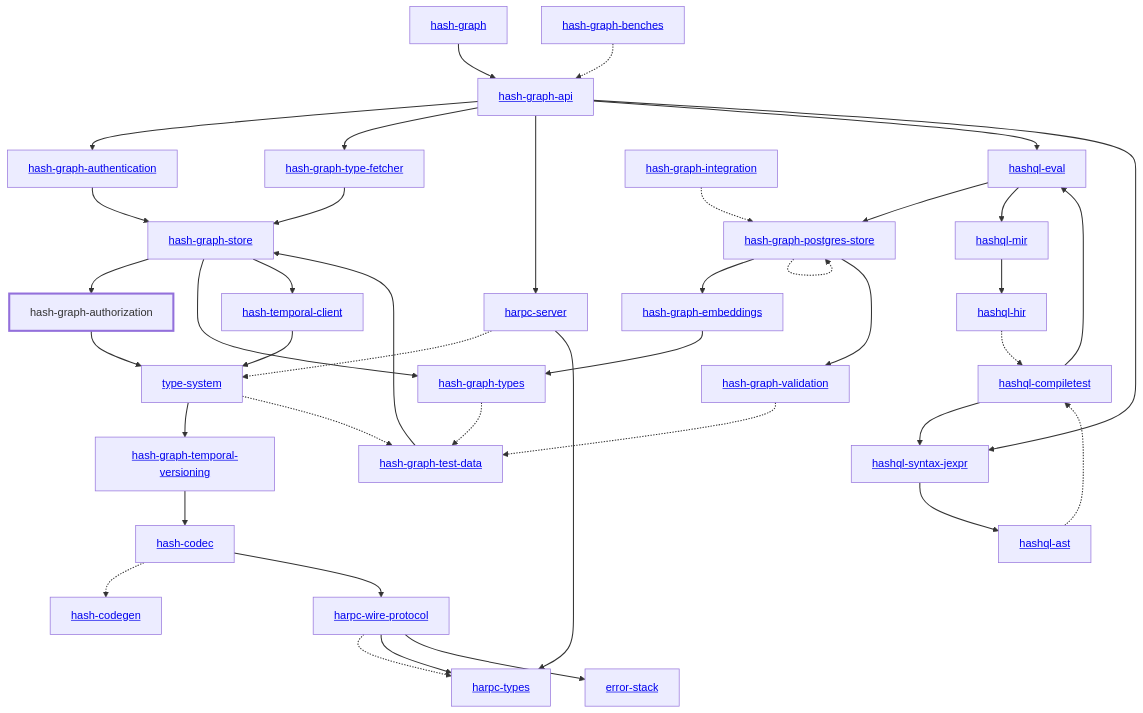
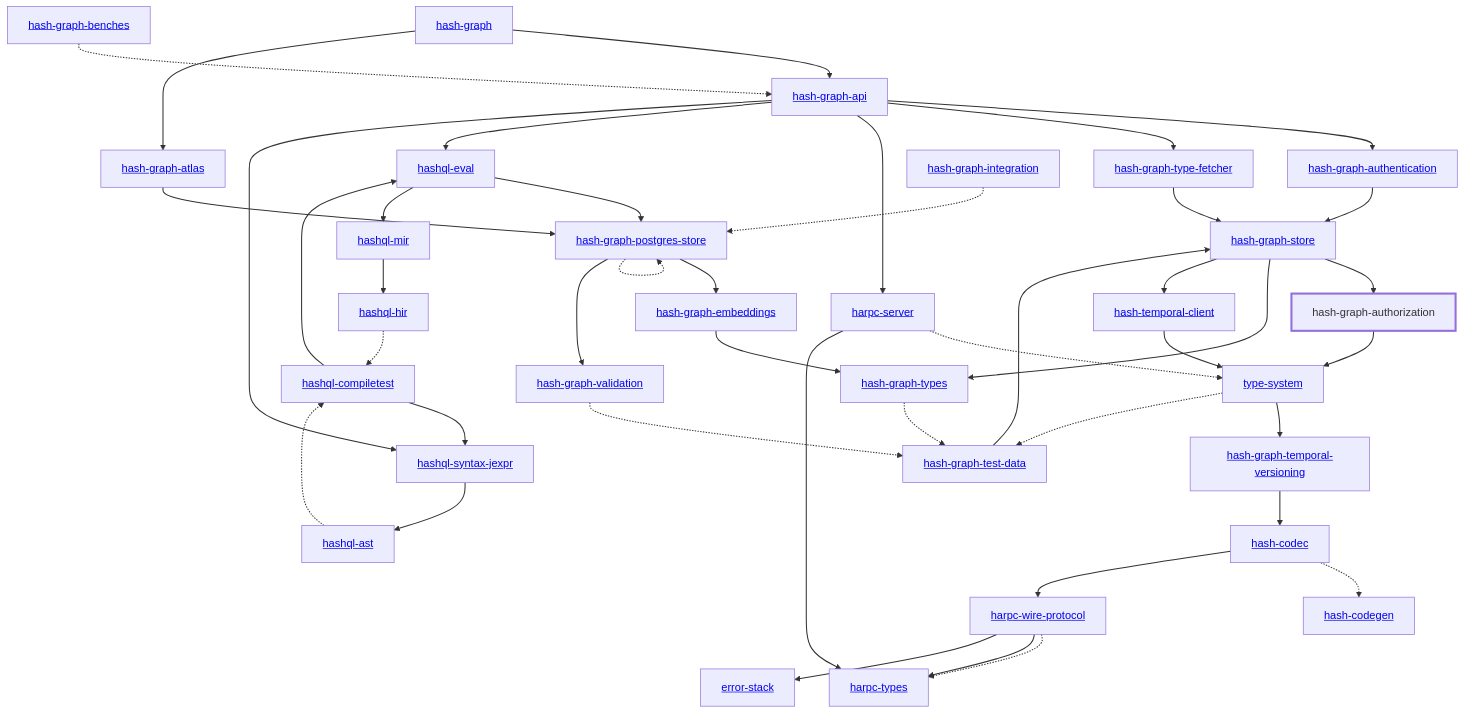
Before and after one commit to hashintel/hash: the diagram in libs/@local/graph/authorization/docs/dependency-diagram.mmd, drawn with Mermaid. The commit also changed 28 other files, not shown here.

Commit message:
chore: update graph dependency diagrams

```diff
--- a/libs/@local/graph/authorization/docs/dependency-diagram.mmd
+++ b/libs/@local/graph/authorization/docs/dependency-diagram.mmd
@@ -1,79 +1,82 @@
 graph TD
     linkStyle default stroke-width:1.5px
     classDef default stroke-width:1px
     classDef root stroke-width:3px
     classDef dev stroke-width:1px
     classDef build stroke-width:1px
     %% Legend
     %% --> : Normal dependency
     %% -.-> : Dev dependency
     %% ---> : Build dependency
     0[<a href="../hash_graph/index.html">hash-graph</a>]
     1[<a href="../type_system/index.html">type-system</a>]
     2[<a href="../hash_codec/index.html">hash-codec</a>]
     3[<a href="../hash_codegen/index.html">hash-codegen</a>]
     4[<a href="../hash_graph_api/index.html">hash-graph-api</a>]
-    5[<a href="../hash_graph_authentication/index.html">hash-graph-authentication</a>]
-    6[hash-graph-authorization]
-    class 6 root
-    7[<a href="../hash_graph_embeddings/index.html">hash-graph-embeddings</a>]
-    8[<a href="../hash_graph_postgres_store/index.html">hash-graph-postgres-store</a>]
-    9[<a href="../hash_graph_store/index.html">hash-graph-store</a>]
-    10[<a href="../hash_graph_temporal_versioning/index.html">hash-graph-temporal-versioning</a>]
-    11[<a href="../hash_graph_type_fetcher/index.html">hash-graph-type-fetcher</a>]
-    12[<a href="../hash_graph_types/index.html">hash-graph-types</a>]
-    13[<a href="../hash_graph_validation/index.html">hash-graph-validation</a>]
-    14[<a href="../harpc_server/index.html">harpc-server</a>]
-    15[<a href="../harpc_types/index.html">harpc-types</a>]
-    16[<a href="../harpc_wire_protocol/index.html">harpc-wire-protocol</a>]
-    17[<a href="../hashql_ast/index.html">hashql-ast</a>]
-    18[<a href="../hashql_compiletest/index.html">hashql-compiletest</a>]
-    19[<a href="../hashql_eval/index.html">hashql-eval</a>]
-    20[<a href="../hashql_hir/index.html">hashql-hir</a>]
-    21[<a href="../hashql_mir/index.html">hashql-mir</a>]
-    22[<a href="../hashql_syntax_jexpr/index.html">hashql-syntax-jexpr</a>]
-    23[<a href="../hash_temporal_client/index.html">hash-temporal-client</a>]
-    24[<a href="../error_stack/index.html">error-stack</a>]
-    25[<a href="../hash_graph_benches/index.html">hash-graph-benches</a>]
-    26[<a href="../hash_graph_integration/index.html">hash-graph-integration</a>]
-    27[<a href="../hash_graph_test_data/index.html">hash-graph-test-data</a>]
+    5[<a href="../hash_graph_atlas/index.html">hash-graph-atlas</a>]
+    6[<a href="../hash_graph_authentication/index.html">hash-graph-authentication</a>]
+    7[hash-graph-authorization]
+    class 7 root
+    8[<a href="../hash_graph_embeddings/index.html">hash-graph-embeddings</a>]
+    9[<a href="../hash_graph_postgres_store/index.html">hash-graph-postgres-store</a>]
+    10[<a href="../hash_graph_store/index.html">hash-graph-store</a>]
+    11[<a href="../hash_graph_temporal_versioning/index.html">hash-graph-temporal-versioning</a>]
+    12[<a href="../hash_graph_type_fetcher/index.html">hash-graph-type-fetcher</a>]
+    13[<a href="../hash_graph_types/index.html">hash-graph-types</a>]
+    14[<a href="../hash_graph_validation/index.html">hash-graph-validation</a>]
+    15[<a href="../harpc_server/index.html">harpc-server</a>]
+    16[<a href="../harpc_types/index.html">harpc-types</a>]
+    17[<a href="../harpc_wire_protocol/index.html">harpc-wire-protocol</a>]
+    18[<a href="../hashql_ast/index.html">hashql-ast</a>]
+    19[<a href="../hashql_compiletest/index.html">hashql-compiletest</a>]
+    20[<a href="../hashql_eval/index.html">hashql-eval</a>]
+    21[<a href="../hashql_hir/index.html">hashql-hir</a>]
+    22[<a href="../hashql_mir/index.html">hashql-mir</a>]
+    23[<a href="../hashql_syntax_jexpr/index.html">hashql-syntax-jexpr</a>]
+    24[<a href="../hash_temporal_client/index.html">hash-temporal-client</a>]
+    25[<a href="../error_stack/index.html">error-stack</a>]
+    26[<a href="../hash_graph_benches/index.html">hash-graph-benches</a>]
+    27[<a href="../hash_graph_integration/index.html">hash-graph-integration</a>]
+    28[<a href="../hash_graph_test_data/index.html">hash-graph-test-data</a>]
     0 --> 4
-    1 --> 10
-    1 -.-> 27
+    0 --> 5
+    1 --> 11
+    1 -.-> 28
     2 -.-> 3
-    2 --> 16
-    4 --> 5
-    4 --> 11
-    4 --> 14
-    4 --> 19
-    4 --> 22
+    2 --> 17
+    4 --> 6
+    4 --> 12
+    4 --> 15
+    4 --> 20
+    4 --> 23
     5 --> 9
-    6 --> 1
-    7 --> 12
-    8 --> 7
-    8 -.-> 8
+    6 --> 10
+    7 --> 1
     8 --> 13
-    9 --> 6
-    9 --> 12
-    9 --> 23
-    10 --> 2
-    11 --> 9
-    12 -.-> 27
-    13 -.-> 27
-    14 -.-> 1
-    14 --> 15
-    16 -.-> 15
-    16 --> 15
-    16 --> 24
-    17 -.-> 18
-    18 --> 19
-    18 --> 22
-    19 --> 8
-    19 --> 21
-    20 -.-> 18
-    21 --> 20
-    22 --> 17
-    23 --> 1
-    25 -.-> 4
-    26 -.-> 8
-    27 --> 9
+    9 --> 8
+    9 -.-> 9
+    9 --> 14
+    10 --> 7
+    10 --> 13
+    10 --> 24
+    11 --> 2
+    12 --> 10
+    13 -.-> 28
+    14 -.-> 28
+    15 -.-> 1
+    15 --> 16
+    17 -.-> 16
+    17 --> 16
+    17 --> 25
+    18 -.-> 19
+    19 --> 20
+    19 --> 23
+    20 --> 9
+    20 --> 22
+    21 -.-> 19
+    22 --> 21
+    23 --> 18
+    24 --> 1
+    26 -.-> 4
+    27 -.-> 9
+    28 --> 10
```
